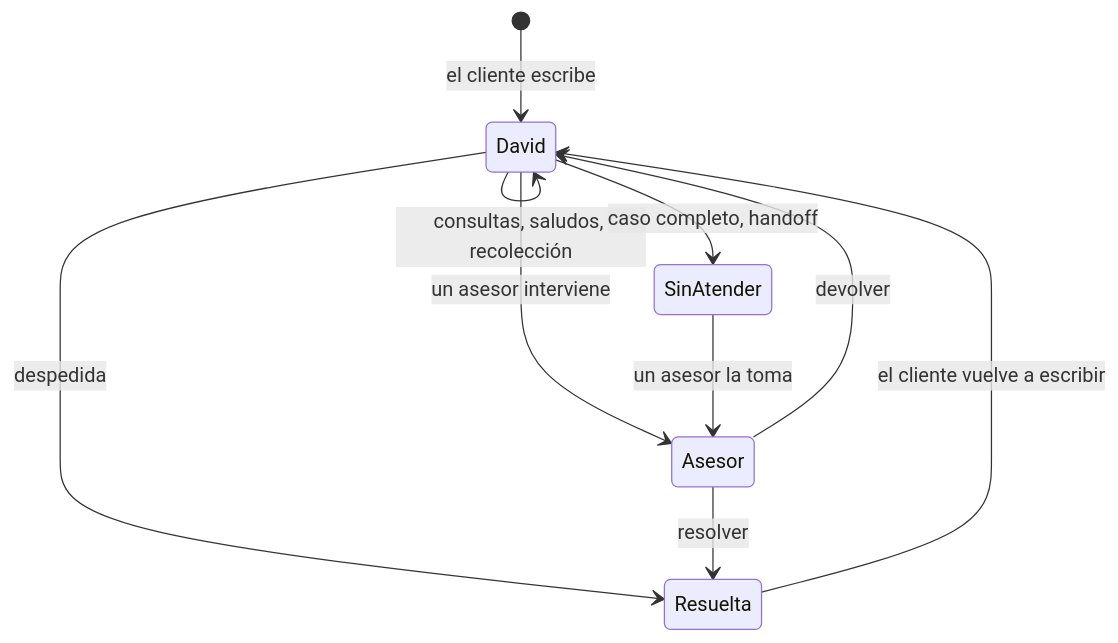
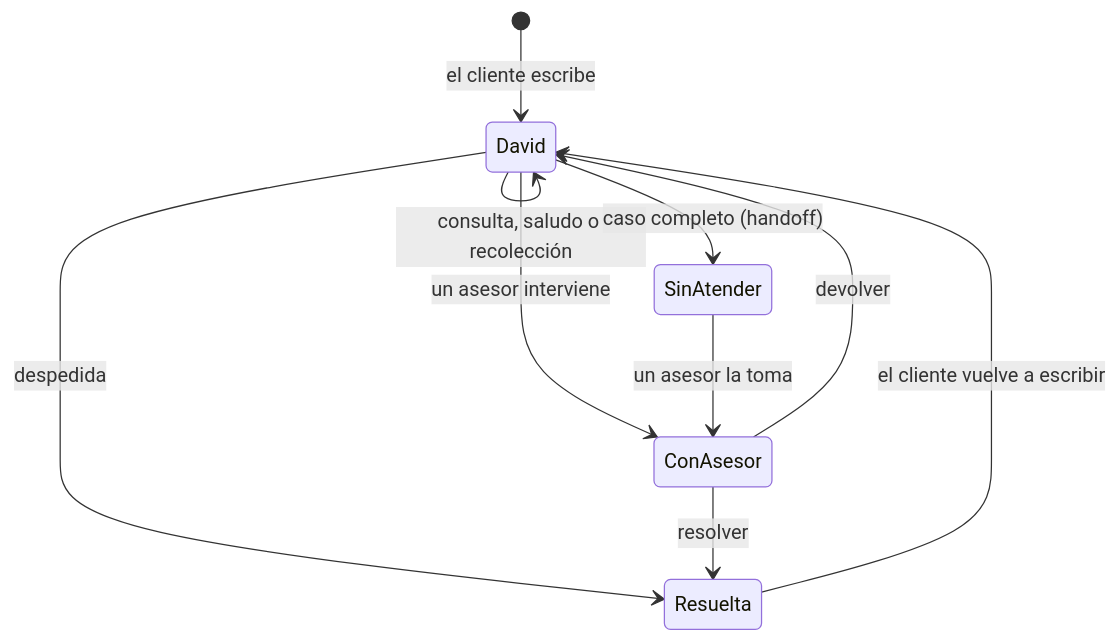
One commit to pqbas/factored-hackathon-2026-zenit changed the second of 2 diagrams in docs/flujo-atencion.md. Above: the diagram before and after it, drawn with Mermaid. The commit also changed other lines of this file, not shown here.

Commit message:
Rewrite the attention flow as conversation stages with step-by-step rules

````diff
--- a/docs/flujo-atencion.md
+++ b/docs/flujo-atencion.md
@@ -112,12 +229,12 @@
 ```mermaid
 stateDiagram-v2
     [*] --> David: el cliente escribe
-    David --> David: consultas, saludos, recolección
+    David --> David: consulta, saludo o recolección
     David --> Resuelta: despedida
-    David --> SinAtender: caso completo, handoff
-    David --> Asesor: un asesor interviene
-    SinAtender --> Asesor: un asesor la toma
-    Asesor --> David: devolver
-    Asesor --> Resuelta: resolver
+    David --> SinAtender: caso completo (handoff)
+    David --> ConAsesor: un asesor interviene
+    SinAtender --> ConAsesor: un asesor la toma
+    ConAsesor --> David: devolver
+    ConAsesor --> Resuelta: resolver
     Resuelta --> David: el cliente vuelve a escribir
 ```
````
